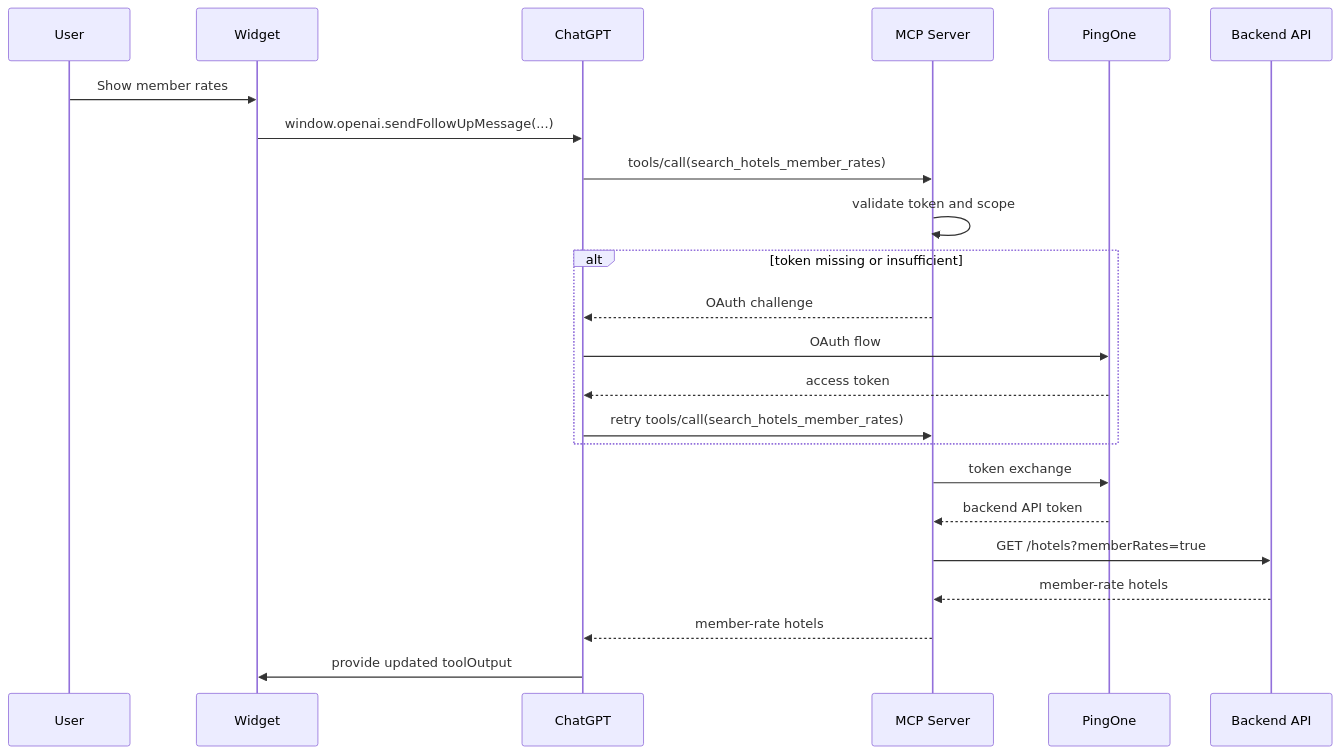
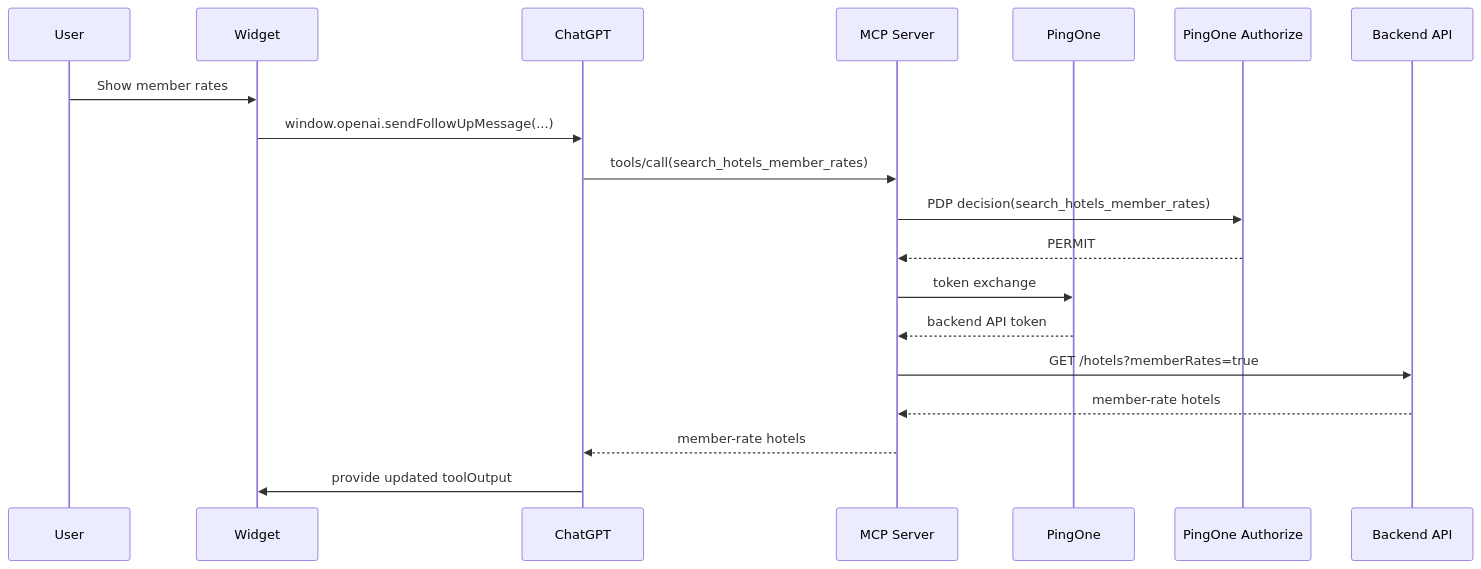
Before and after one commit to carbonefederico/ai-myhotels-chatgpt-app: the third of 4 diagrams in README.md, drawn with Mermaid. The commit also changed other lines of this file and 15 other files, not shown here.

Commit message:
Add PingOne Authorize PDP flow

````diff
--- a/README.md
+++ b/README.md
@@ -269,26 +339,22 @@
 ```mermaid
 sequenceDiagram
     participant U as User
     participant W as Widget
     participant CG as ChatGPT
     participant MCP as MCP Server
     participant P1 as PingOne
+    participant PDP as PingOne Authorize
     participant API as Backend API
 
     U->>W: Show member rates
     W->>CG: window.openai.sendFollowUpMessage(...)
     CG->>MCP: tools/call(search_hotels_member_rates)
-    MCP->>MCP: validate token and scope
-    alt token missing or insufficient
-        MCP-->>CG: OAuth challenge
-        CG->>P1: OAuth flow
-        P1-->>CG: access token
-        CG->>MCP: retry tools/call(search_hotels_member_rates)
-    end
+    MCP->>PDP: PDP decision(search_hotels_member_rates)
+    PDP-->>MCP: PERMIT
     MCP->>P1: token exchange
     P1-->>MCP: backend API token
     MCP->>API: GET /hotels?memberRates=true
     API-->>MCP: member-rate hotels
     MCP-->>CG: member-rate hotels
     CG->>W: provide updated toolOutput
 ```
````
